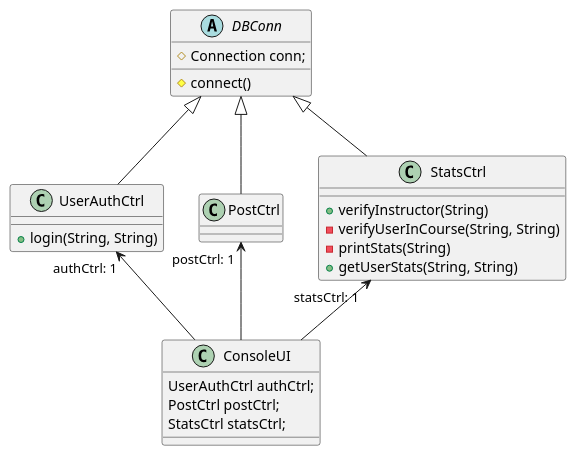
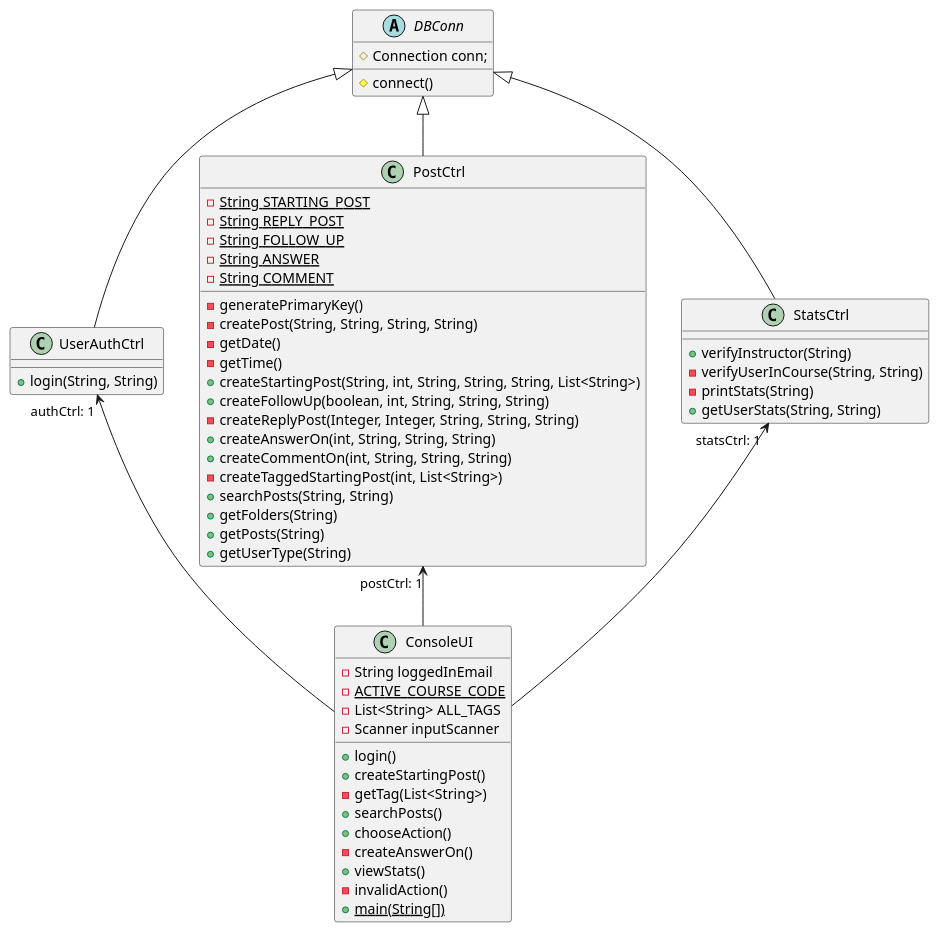
One commit to kavusiks/ForumDatabase changed the diagram in Piazza/src/Documentations/ClassDiagram.puml. Above: the diagram before and after it, drawn with PlantUML. The commit also changed 15 other files, not shown here.

```diff
--- a/Piazza/src/Documentations/ClassDiagram.puml
+++ b/Piazza/src/Documentations/ClassDiagram.puml
@@ -1,44 +1,74 @@
 @startuml
 
 abstract class DBConn
 class UserAuthCtrl
 class PostCtrl
 class StatsCtrl
 class ConsoleUI
 
 DBConn <|-- UserAuthCtrl
 DBConn <|-- StatsCtrl
 DBConn <|-- PostCtrl
 UserAuthCtrl"authCtrl: 1"<--ConsoleUI
 PostCtrl"postCtrl: 1" <--ConsoleUI
 StatsCtrl"statsCtrl: 1"<--ConsoleUI
 
 
 
 abstract class DBConn {
 #Connection conn;
 #connect()
 }
 
 class UserAuthCtrl {
 +login(String, String)
 }
 
+class PostCtrl {
+-{static} String STARTING_POST
+-{static} String REPLY_POST
+-{static} String FOLLOW_UP
+-{static} String ANSWER
+-{static} String COMMENT
+-generatePrimaryKey()
+-createPost(String, String, String, String)
+-getDate()
+-getTime()
++createStartingPost(String, int, String, String, String, List<String>)
++createFollowUp(boolean, int, String, String, String)
+-createReplyPost(Integer, Integer, String, String, String)
++createAnswerOn(int, String, String, String)
++createCommentOn(int, String, String, String)
+-createTaggedStartingPost(int, List<String>)
++searchPosts(String, String)
++getFolders(String)
++getPosts(String)
++getUserType(String)
+}
+
 class StatsCtrl {
 +verifyInstructor(String)
 -verifyUserInCourse(String, String)
 -printStats(String)
 +getUserStats(String, String)
 }
 
 class ConsoleUI {
-UserAuthCtrl authCtrl;
-PostCtrl postCtrl;
-StatsCtrl statsCtrl;
-
-
+-String loggedInEmail
+-{static}ACTIVE_COURSE_CODE
+-List<String> ALL_TAGS
+-Scanner inputScanner
++login()
++createStartingPost()
+-getTag(List<String>)
++searchPosts()
++chooseAction()
+-createAnswerOn()
++viewStats()
+-invalidAction()
++{static}main(String[])
 }
 
 
 
 @enduml
```
